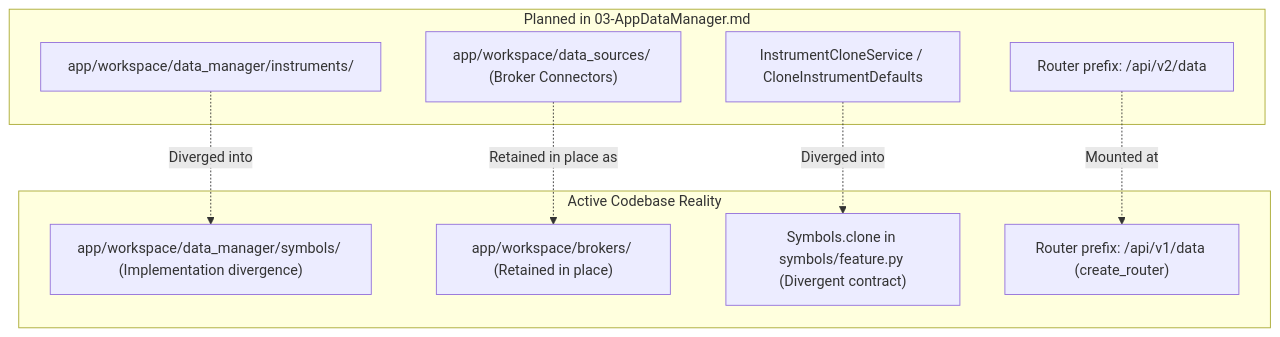
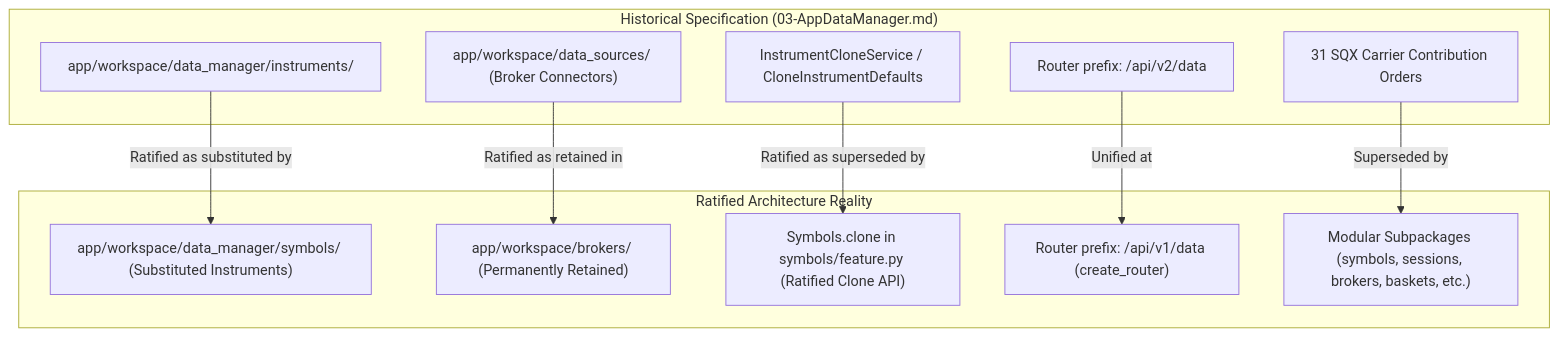
Before and after one commit to haruperi/HaruQuantAI: the diagram in docs/dev/full-reimplementation/research/appdatamanager-completion-audit.md, drawn with Mermaid. The commit also changed other lines of this file and 2 other files, not shown here.

First line of the commit message:
docs(data-manager): ratify symbols supersession and retire work order

````diff
--- a/docs/dev/full-reimplementation/research/appdatamanager-completion-audit.md
+++ b/docs/dev/full-reimplementation/research/appdatamanager-completion-audit.md
@@ -91,19 +86,22 @@
 ```mermaid
 flowchart TD
-    subgraph PlannedIn03["Planned in 03-AppDataManager.md"]
+    subgraph HistoricalSpec["Historical Specification (03-AppDataManager.md)"]
         P1["app/workspace/data_manager/instruments/"]
         P2["app/workspace/data_sources/ (Broker Connectors)"]
         P3["InstrumentCloneService / CloneInstrumentDefaults"]
         P4["Router prefix: /api/v2/data"]
+        P5["31 SQX Carrier Contribution Orders"]
     end
-    subgraph ActiveReality["Active Codebase Reality"]
-        A1["app/workspace/data_manager/symbols/ (Implementation divergence)"]
-        A2["app/workspace/brokers/ (Retained in place)"]
-        A3["Symbols.clone in symbols/feature.py (Divergent contract)"]
+    subgraph RatifiedReality["Ratified Architecture Reality"]
+        A1["app/workspace/data_manager/symbols/ (Substituted Instruments)"]
+        A2["app/workspace/brokers/ (Permanently Retained)"]
+        A3["Symbols.clone in symbols/feature.py (Ratified Clone API)"]
         A4["Router prefix: /api/v1/data (create_router)"]
+        A5["Modular Subpackages (symbols, sessions, brokers, baskets, etc.)"]
     end
-    P1 -.->|Diverged into| A1
-    P2 -.->|Retained in place as| A2
-    P3 -.->|Diverged into| A3
-    P4 -.->|Mounted at| A4
+    P1 -->|Ratified as substituted by| A1
+    P2 -->|Ratified as retained in| A2
+    P3 -->|Ratified as superseded by| A3
+    P4 -->|Unified at| A4
+    P5 -->|Superseded by| A5
 ```
````
